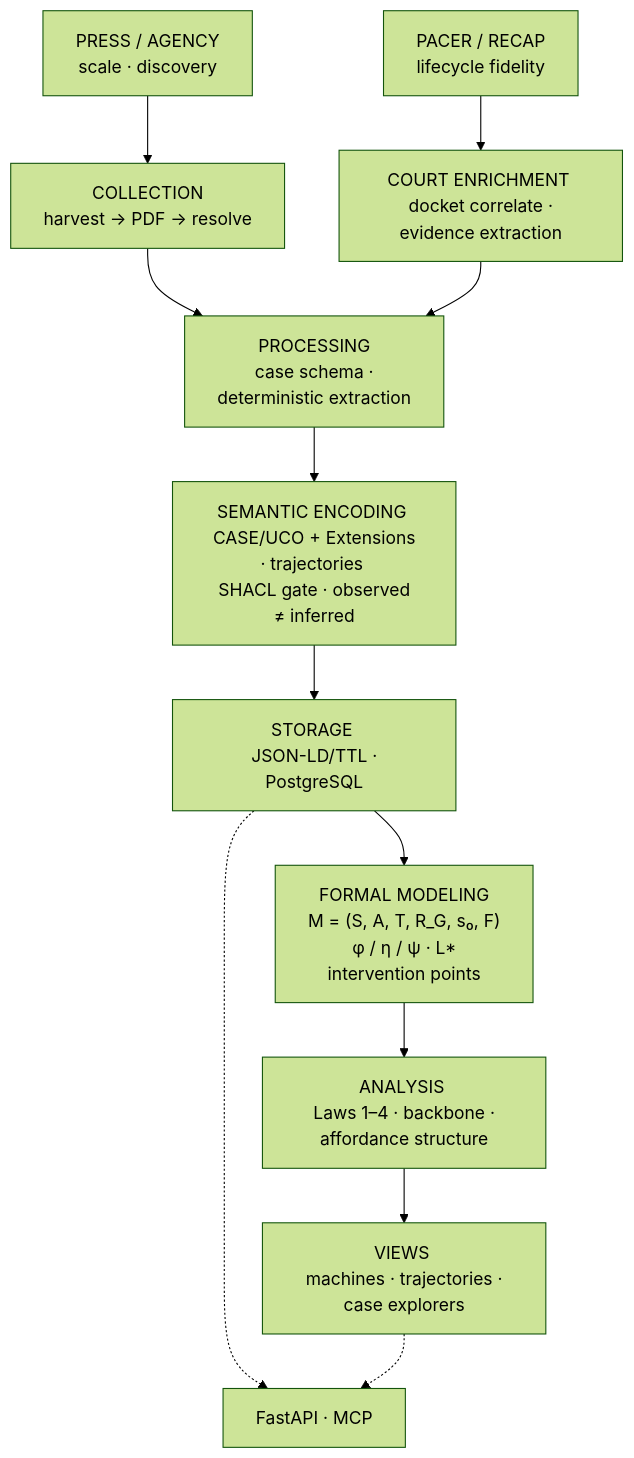
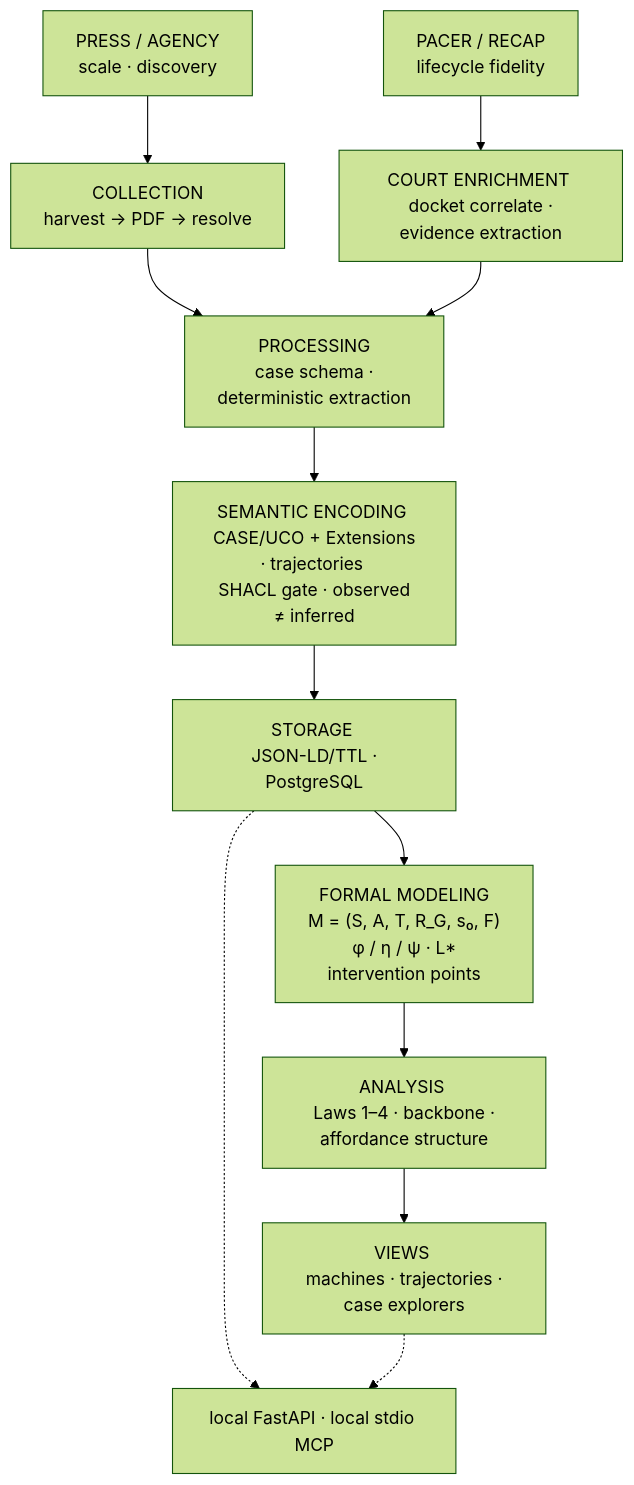
Before and after one commit to mrinaalr/CaseNoesis: the first of 2 diagrams in README.md, drawn with Mermaid (forest theme). The commit also changed other lines of this file and 49 other files, not shown here.

````diff
--- a/README.md
+++ b/README.md
@@ -26,21 +26,21 @@
 ```mermaid
 flowchart TD
     P["PRESS / AGENCY <br/> scale · discovery"]
     C["PACER / RECAP <br/> lifecycle fidelity"]
 
     P --> ACQ["COLLECTION <br/> harvest → PDF → resolve"]
     C --> ENR["COURT ENRICHMENT <br/> docket correlate · evidence extraction"]
 
     ACQ --> PROC["PROCESSING <br/> case schema · <br/> deterministic extraction"]
     ENR --> PROC
 
     PROC --> ENC["SEMANTIC ENCODING <br/> CASE/UCO + Extensions · trajectories <br/> SHACL gate · observed ≠ inferred"]
     ENC --> STORE["STORAGE <br/> JSON-LD/TTL · PostgreSQL"]
 
     STORE --> ESM["FORMAL MODELING <br/> M = (S, A, T, R_G, s₀, F) <br/> φ / η / ψ · L* <br/> intervention points"]
     ESM --> AN["ANALYSIS <br/> Laws 1–4 · backbone · affordance structure"]
     AN --> VIZ["VIEWS <br/> machines · trajectories · case explorers"]
 
-    STORE -.-> API["FastAPI · MCP"]
+    STORE -.-> API["local FastAPI · local stdio MCP"]
     VIZ -.-> API
 ```
````
